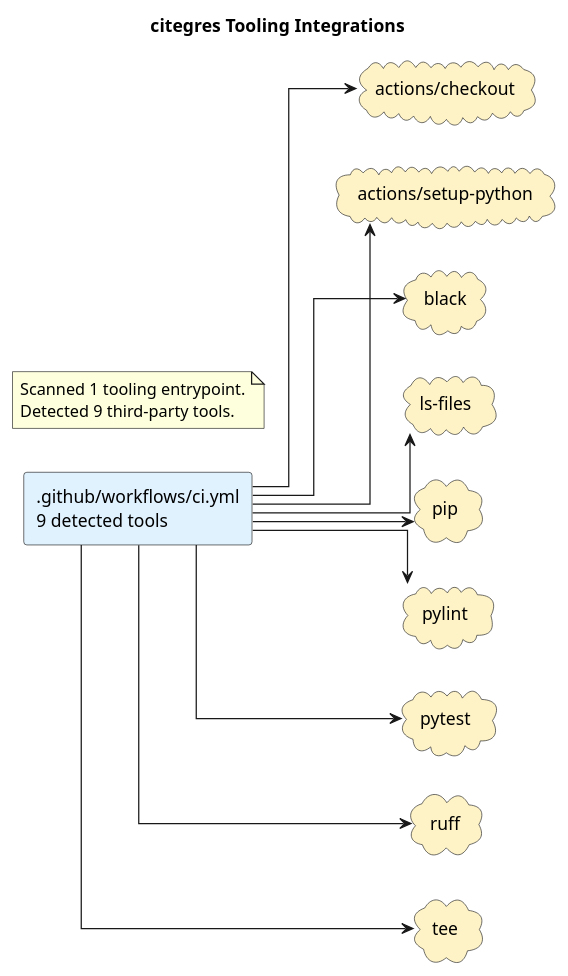
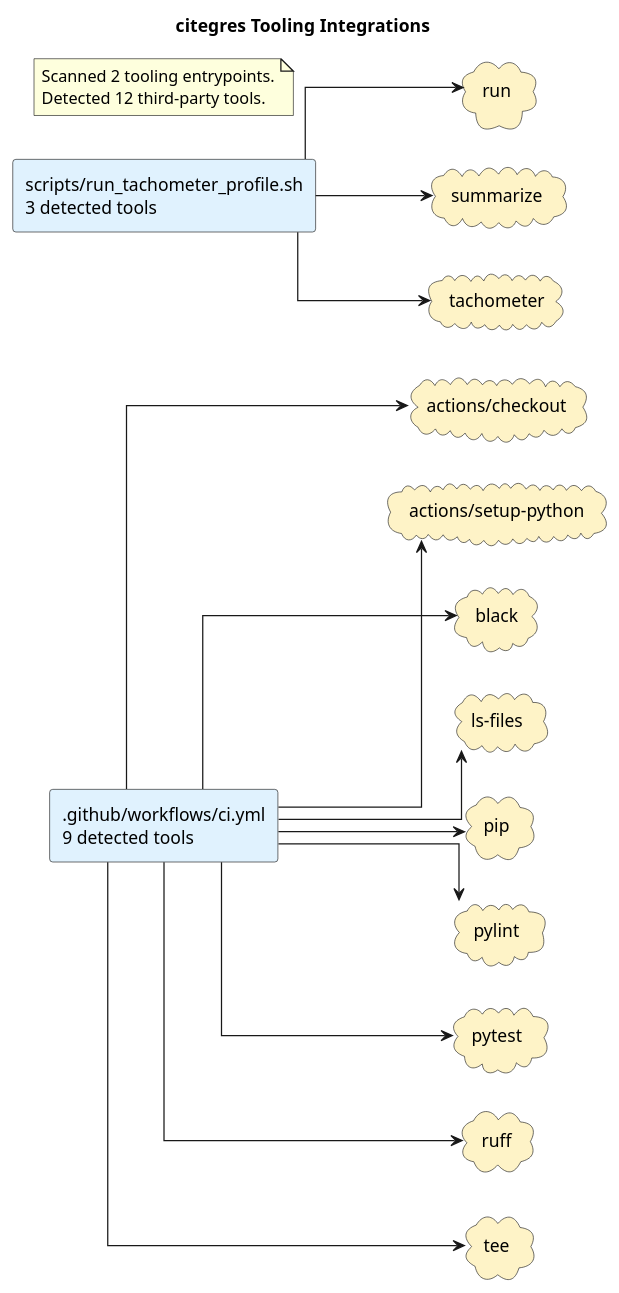
One commit to casonk/citegres changed the diagram in docs/diagrams/tooling-integrations.puml. Above: the diagram before and after it, drawn with PlantUML. The commit also changed 6 other files, not shown here.

Commit message:
docs: refresh integration diagrams

```diff
--- a/docs/diagrams/tooling-integrations.puml
+++ b/docs/diagrams/tooling-integrations.puml
@@ -1,31 +1,38 @@
 @startuml
 title citegres Tooling Integrations
 left to right direction
 skinparam shadowing false
 skinparam defaultFontName Monospace
 skinparam componentStyle rectangle
 skinparam linetype ortho
 rectangle ".github/workflows/ci.yml\n9 detected tools" as source_github_workflows_ci_yml #E0F2FE
+rectangle "scripts/run_tachometer_profile.sh\n3 detected tools" as source_scripts_run_tachometer_profile_sh #E0F2FE
 cloud "actions/checkout" as tool_actions_checkout #FEF3C7
 cloud "actions/setup-python" as tool_actions_setup_python #FEF3C7
 cloud "black" as tool_black #FEF3C7
 cloud "ls-files" as tool_ls_files #FEF3C7
 cloud "pip" as tool_pip #FEF3C7
 cloud "pylint" as tool_pylint #FEF3C7
 cloud "pytest" as tool_pytest #FEF3C7
 cloud "ruff" as tool_ruff #FEF3C7
+cloud "run" as tool_run #FEF3C7
+cloud "summarize" as tool_summarize #FEF3C7
+cloud "tachometer" as tool_tachometer #FEF3C7
 cloud "tee" as tool_tee #FEF3C7
 source_github_workflows_ci_yml --> tool_actions_checkout
 source_github_workflows_ci_yml --> tool_actions_setup_python
 source_github_workflows_ci_yml --> tool_black
 source_github_workflows_ci_yml --> tool_ls_files
 source_github_workflows_ci_yml --> tool_pip
 source_github_workflows_ci_yml --> tool_pylint
 source_github_workflows_ci_yml --> tool_pytest
 source_github_workflows_ci_yml --> tool_ruff
 source_github_workflows_ci_yml --> tool_tee
+source_scripts_run_tachometer_profile_sh --> tool_run
+source_scripts_run_tachometer_profile_sh --> tool_summarize
+source_scripts_run_tachometer_profile_sh --> tool_tachometer
 note as toolingGraphSummary
-Scanned 1 tooling entrypoint.
-Detected 9 third-party tools.
+Scanned 2 tooling entrypoints.
+Detected 12 third-party tools.
 end note
 @enduml
```
